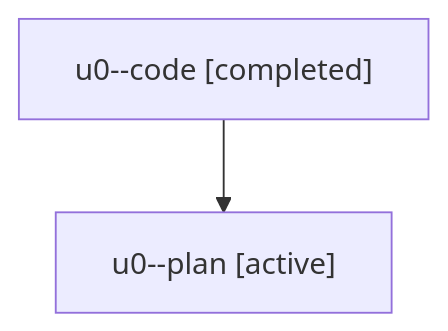
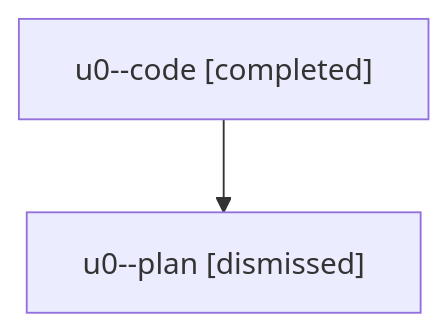
One commit to sase-org/sase--agents changed the diagram in sessions/bbugyi200.athena.u0.md. Above: the diagram before and after it, drawn with Mermaid. The commit also changed other lines of this file and 21 other files, not shown here.

````diff
--- a/sessions/bbugyi200.athena.u0.md
+++ b/sessions/bbugyi200.athena.u0.md
@@ -9,6 +9,6 @@
 ```mermaid
 flowchart TD
   n0["u0--code [completed]"]
-  n1["u0--plan [active]"]
+  n1["u0--plan [dismissed]"]
   n0 --> n1
 ```
````
